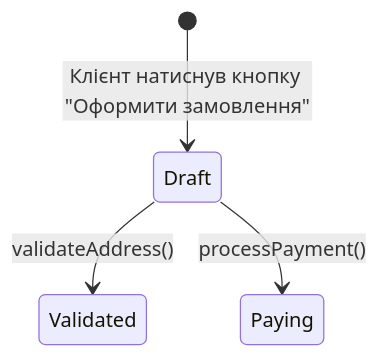
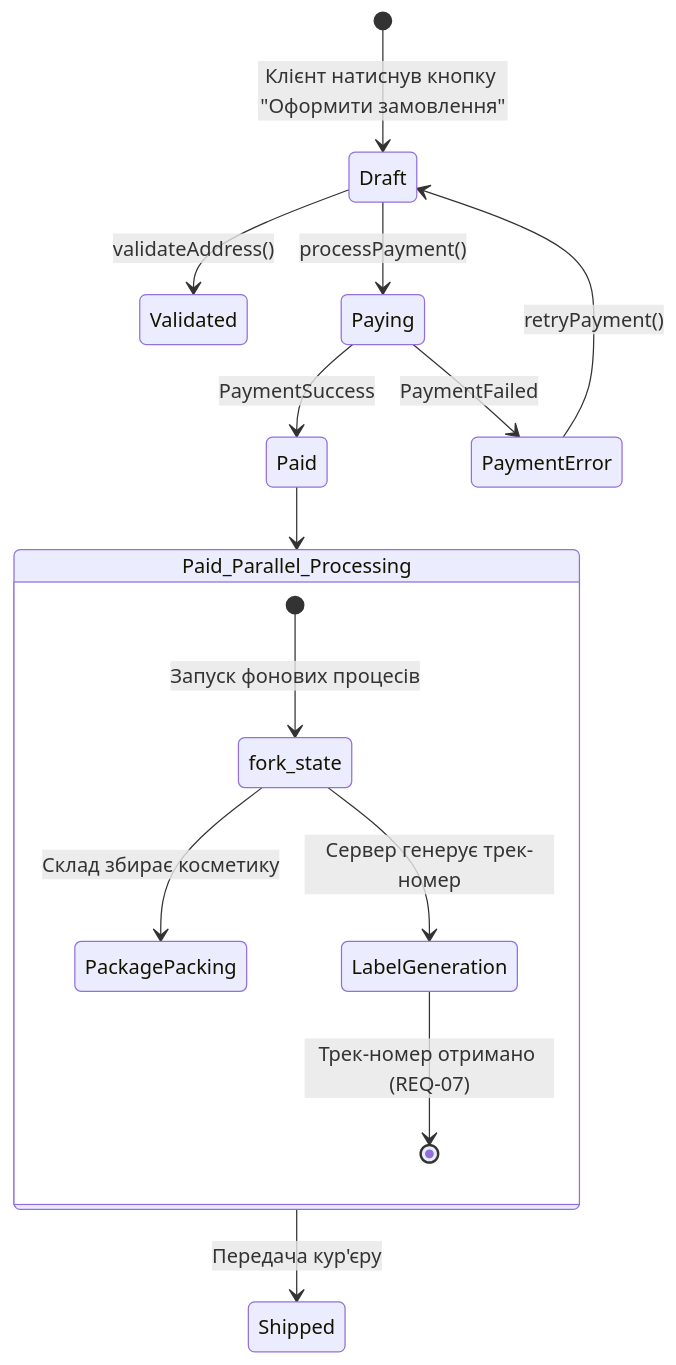
The diagram in machine.md (sofiisunn/KPI), drawn with Mermaid before and after one commit.

Commit message:
Update state transitions in machine.md

````diff
--- a/machine.md
+++ b/machine.md
@@ -1,7 +1,23 @@
 ```mermaid
 stateDiagram-v2
     [*] --> Draft : Клієнт натиснув кнопку "Оформити замовлення"
 
     Draft --> Validated : validateAddress()
     Draft --> Paying : processPayment()
+
+    Paying --> Paid : PaymentSuccess
+    Paying --> PaymentError : PaymentFailed
+    PaymentError --> Draft : retryPayment()
+
+    state Paid_Parallel_Processing {
+        [*] --> fork_state : Запуск фонових процесів
+        
+        fork_state --> PackagePacking : Склад збирає косметику
+        fork_state --> LabelGeneration : Сервер генерує трек-номер
+        
+        LabelGeneration --> [*] : Трек-номер отримано (REQ-07)
+    }
+
+    Paid --> Paid_Parallel_Processing
+    Paid_Parallel_Processing --> Shipped : Передача кур'єру
 ```
````
